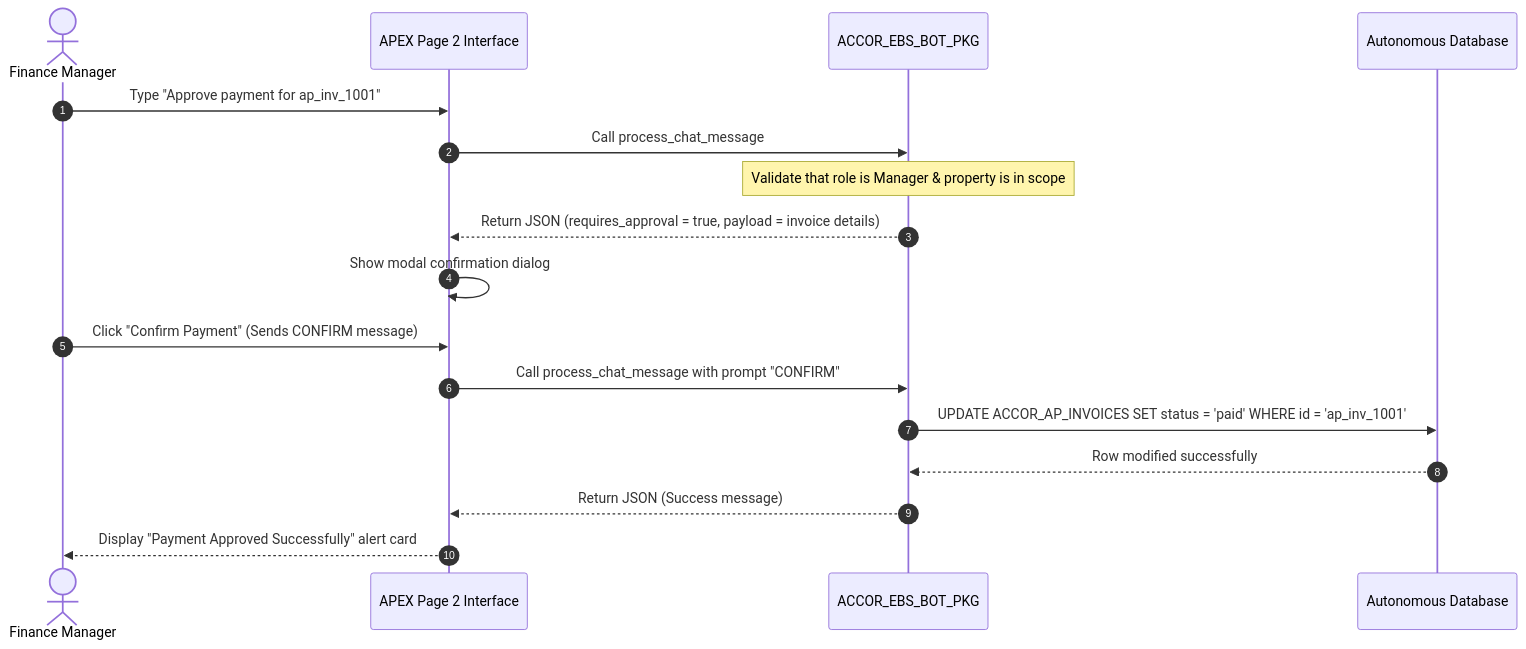
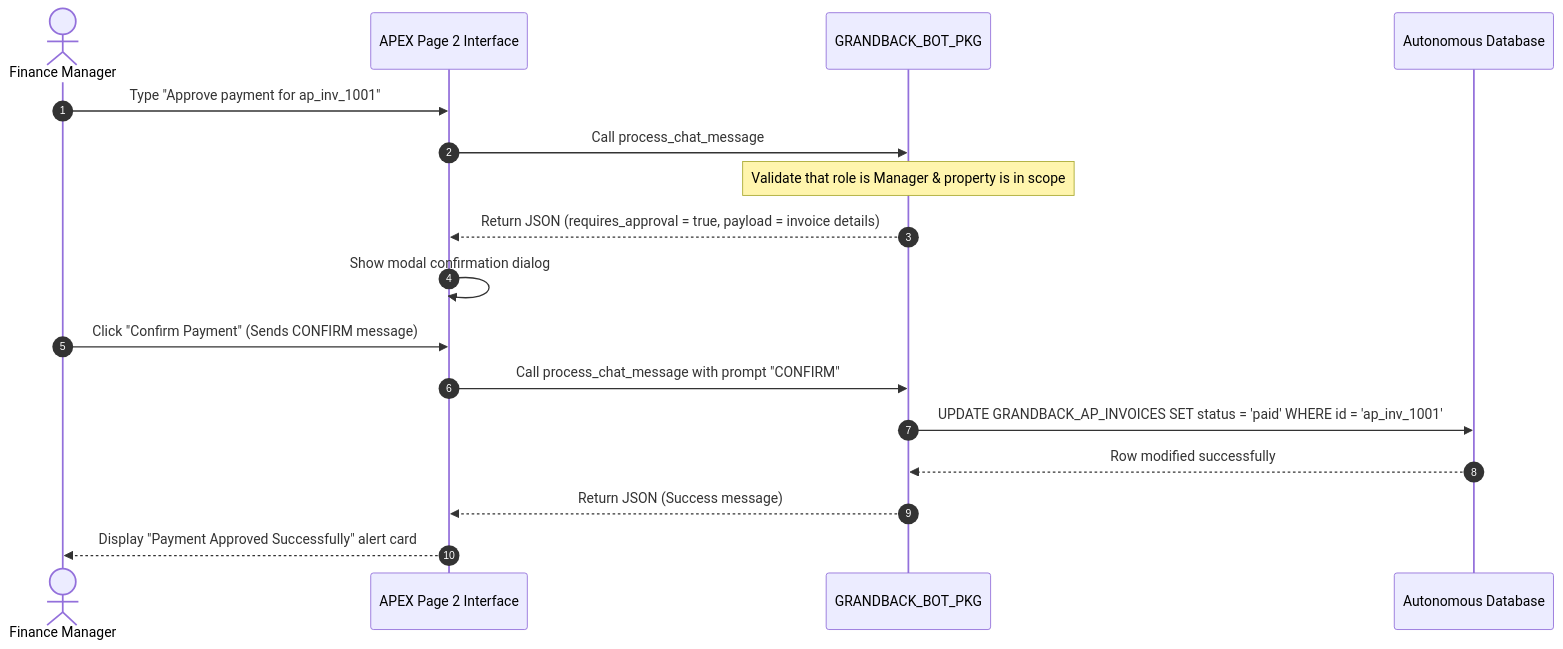
One commit to maniltns/ojas-apex-varient changed the third of 4 diagrams in Appflow.md. Above: the diagram before and after it, drawn with Mermaid. The commit also changed other lines of this file and 45 other files, not shown here.

Commit message:
feat: initialize Grandback EBS bot application and refactor schema to follow naming conventions

````diff
--- a/Appflow.md
+++ b/Appflow.md
@@ -58,20 +65,20 @@
 ```mermaid
 sequenceDiagram
     autonumber
     actor Mgr as Finance Manager
     participant Page as APEX Page 2 Interface
-    participant Bot as ACCOR_EBS_BOT_PKG
+    participant Bot as GRANDBACK_BOT_PKG
     participant DB as Autonomous Database
 
     Mgr->>Page: Type "Approve payment for ap_inv_1001"
     Page->>Bot: Call process_chat_message
     Note over Bot: Validate that role is Manager & property is in scope
     Bot-->>Page: Return JSON (requires_approval = true, payload = invoice details)
     Page->>Page: Show modal confirmation dialog
     Mgr->>Page: Click "Confirm Payment" (Sends CONFIRM message)
     Page->>Bot: Call process_chat_message with prompt "CONFIRM"
-    Bot->>DB: UPDATE ACCOR_AP_INVOICES SET status = 'paid' WHERE id = 'ap_inv_1001'
+    Bot->>DB: UPDATE GRANDBACK_AP_INVOICES SET status = 'paid' WHERE id = 'ap_inv_1001'
     DB-->>Bot: Row modified successfully
     Bot-->>Page: Return JSON (Success message)
     Page-->>Mgr: Display "Payment Approved Successfully" alert card
 ```
````
